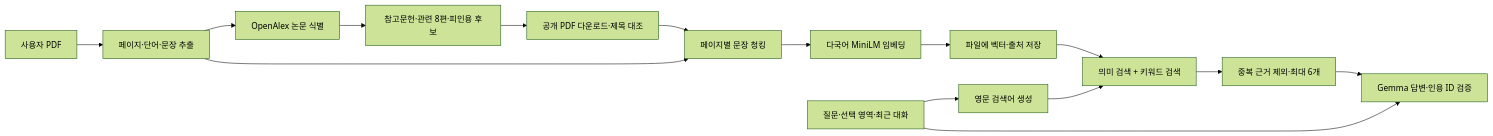
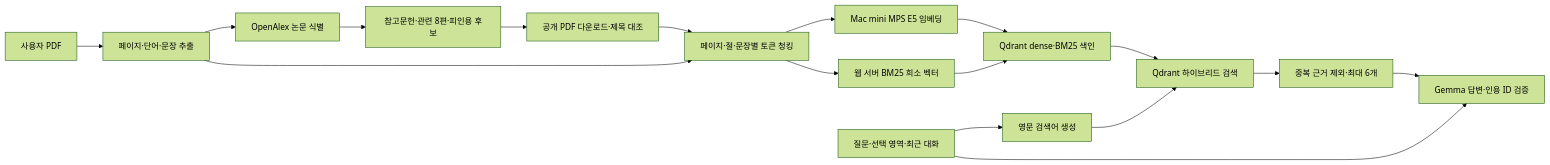
The diagram in docs/workspace-rag.md (SeungMin2001/readpaper), drawn with Mermaid (forest theme) before and after one commit. The commit also changed other lines of this file and 24 other files, not shown here.

Commit message:
Move RAG embeddings to Mac MPS and Qdrant hybrid search

````diff
--- a/docs/workspace-rag.md
+++ b/docs/workspace-rag.md
@@ -15,17 +15,19 @@
 ```mermaid
 flowchart LR
     A[사용자 PDF] --> B[페이지·단어·문장 추출]
     B --> C[OpenAlex 논문 식별]
     C --> D[참고문헌·관련 8편·피인용 후보]
     D --> E[공개 PDF 다운로드·제목 대조]
-    E --> F[페이지별 문장 청킹]
+    E --> F[페이지·절·문장별 토큰 청킹]
     B --> F
-    F --> G[다국어 MiniLM 임베딩]
-    G --> H[파일에 벡터·출처 저장]
-    I[질문·선택 영역·최근 대화] --> J[영문 검색어 생성]
-    J --> K[의미 검색 + 키워드 검색]
-    H --> K
+    F --> G[Mac mini MPS E5 임베딩]
+    F --> H[웹 서버 BM25 희소 벡터]
+    G --> I[Qdrant dense·BM25 색인]
+    H --> I
+    Q[질문·선택 영역·최근 대화] --> J[영문 검색어 생성]
+    J --> K[Qdrant 하이브리드 검색]
+    I --> K
     K --> L[중복 근거 제외·최대 6개]
     L --> M[Gemma 답변·인용 ID 검증]
-    I --> M
+    Q --> M
 ```
````
